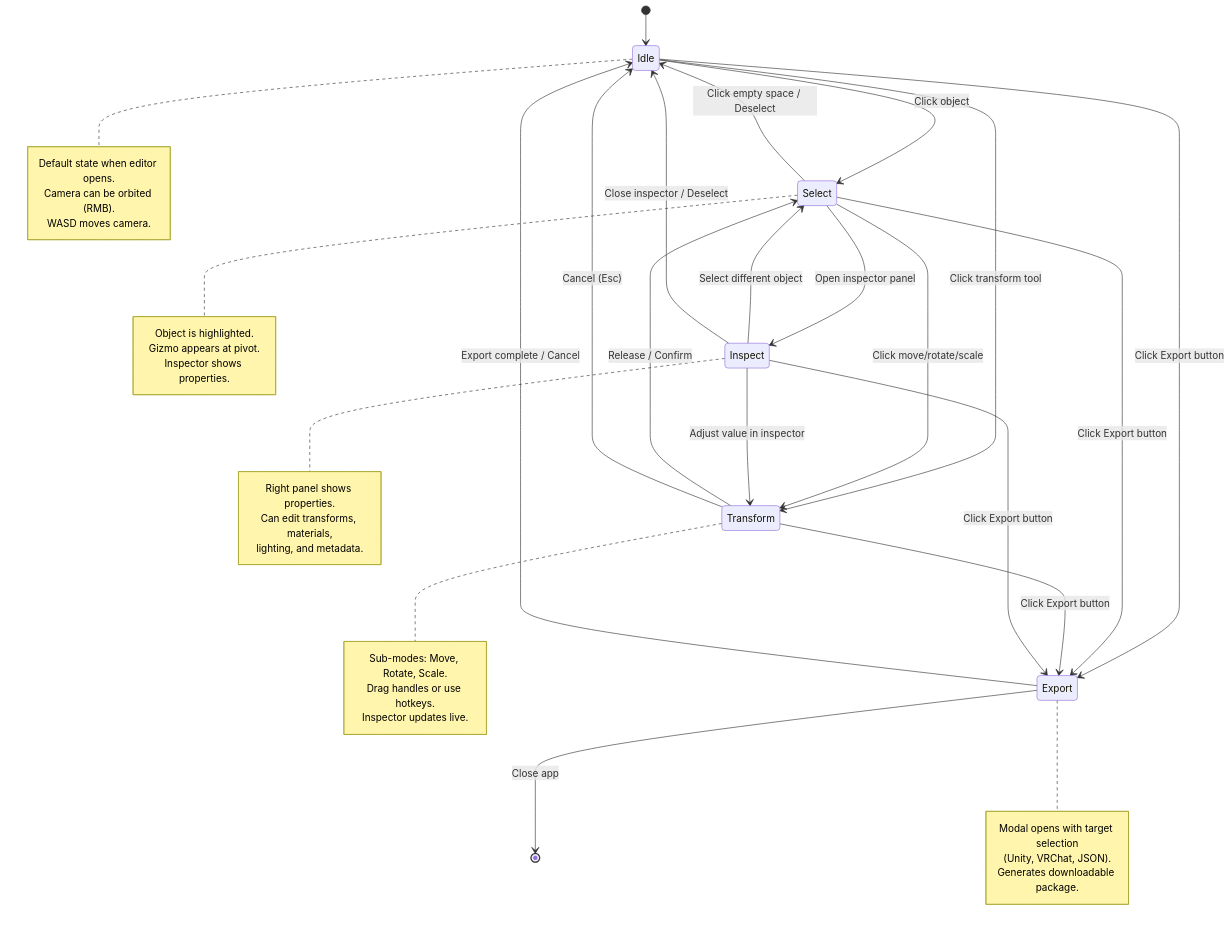
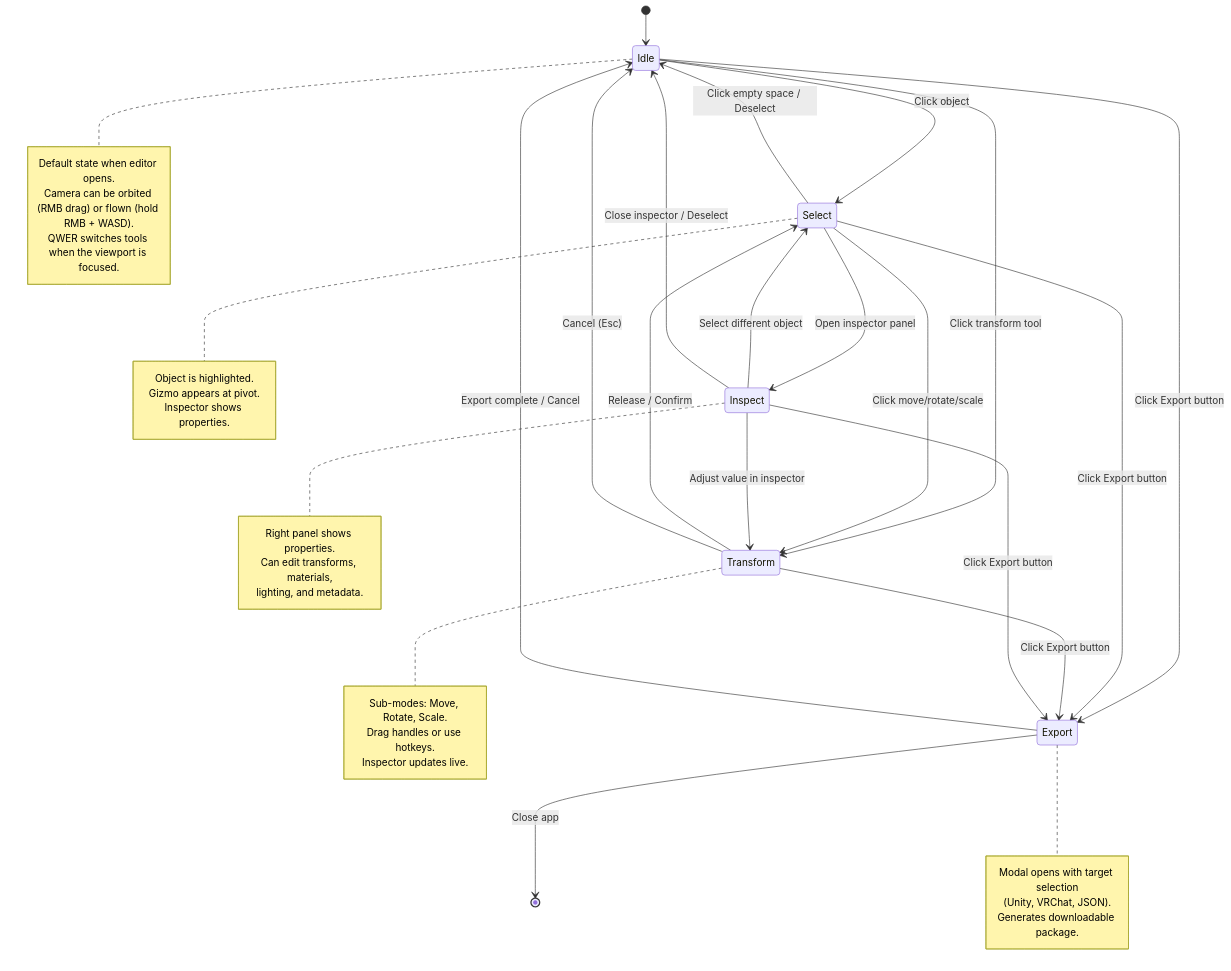
Before and after one commit to SKPloft/visual_editor_test: the third of 5 diagrams in docs/USER_FLOWS.md, drawn with Mermaid. The commit also changed other lines of this file and 4 other files, not shown here.

````diff
--- a/docs/USER_FLOWS.md
+++ b/docs/USER_FLOWS.md
@@ -71,56 +71,56 @@
 ```mermaid
 stateDiagram-v2
     [*] --> Idle
 
     Idle --> Select : Click object
     Idle --> Transform : Click transform tool
 
     Select --> Transform : Click move/rotate/scale
     Select --> Inspect : Open inspector panel
     Select --> Idle : Click empty space / Deselect
 
     Transform --> Select : Release / Confirm
     Transform --> Idle : Cancel (Esc)
 
     Inspect --> Select : Select different object
     Inspect --> Transform : Adjust value in inspector
     Inspect --> Idle : Close inspector / Deselect
 
     Idle --> Export : Click Export button
     Select --> Export : Click Export button
     Transform --> Export : Click Export button
     Inspect --> Export : Click Export button
 
     Export --> Idle : Export complete / Cancel
     Export --> [*] : Close app
 
     note right of Idle
         Default state when editor opens.
-        Camera can be orbited (RMB).
-        WASD moves camera.
+        Camera can be orbited (RMB drag) or flown (hold RMB + WASD).
+        QWER switches tools when the viewport is focused.
     end note
 
     note right of Select
         Object is highlighted.
         Gizmo appears at pivot.
         Inspector shows properties.
     end note
 
     note right of Transform
         Sub-modes: Move, Rotate, Scale.
         Drag handles or use hotkeys.
         Inspector updates live.
     end note
 
     note right of Inspect
         Right panel shows properties.
         Can edit transforms, materials,
         lighting, and metadata.
     end note
 
     note right of Export
         Modal opens with target selection
         (Unity, VRChat, JSON).
         Generates downloadable package.
     end note
 ```
````
